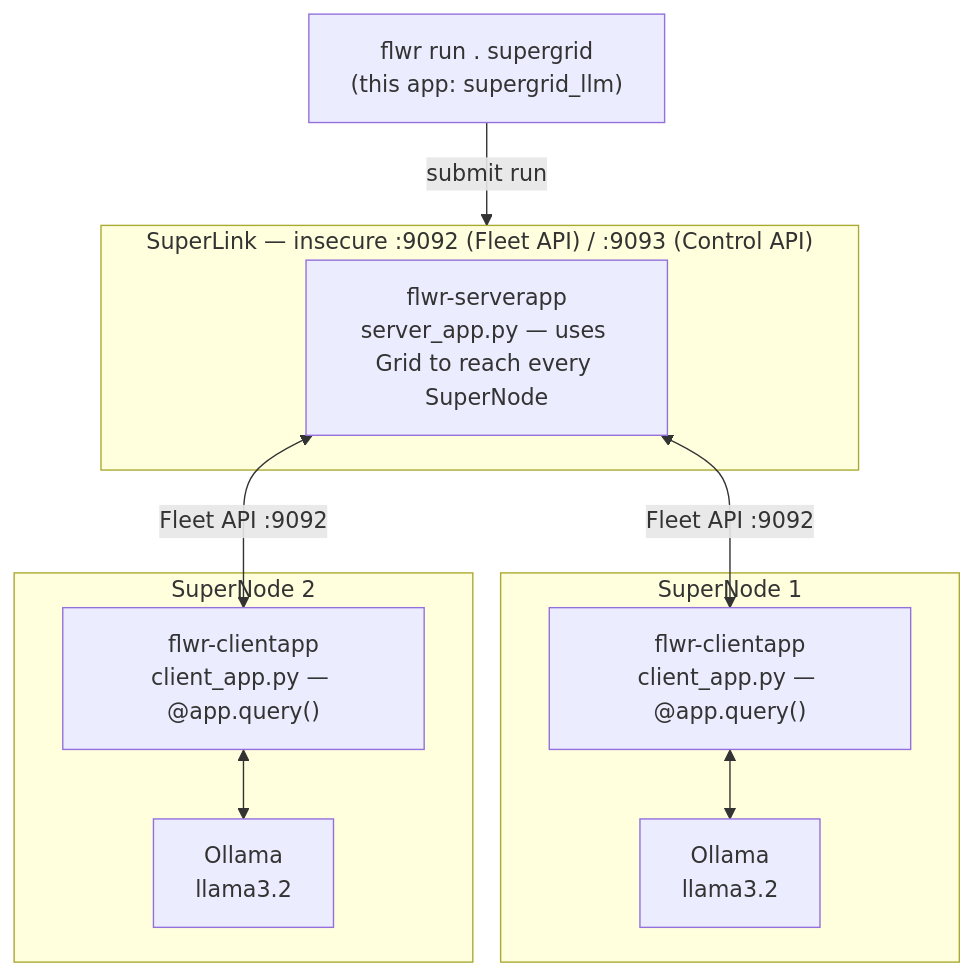
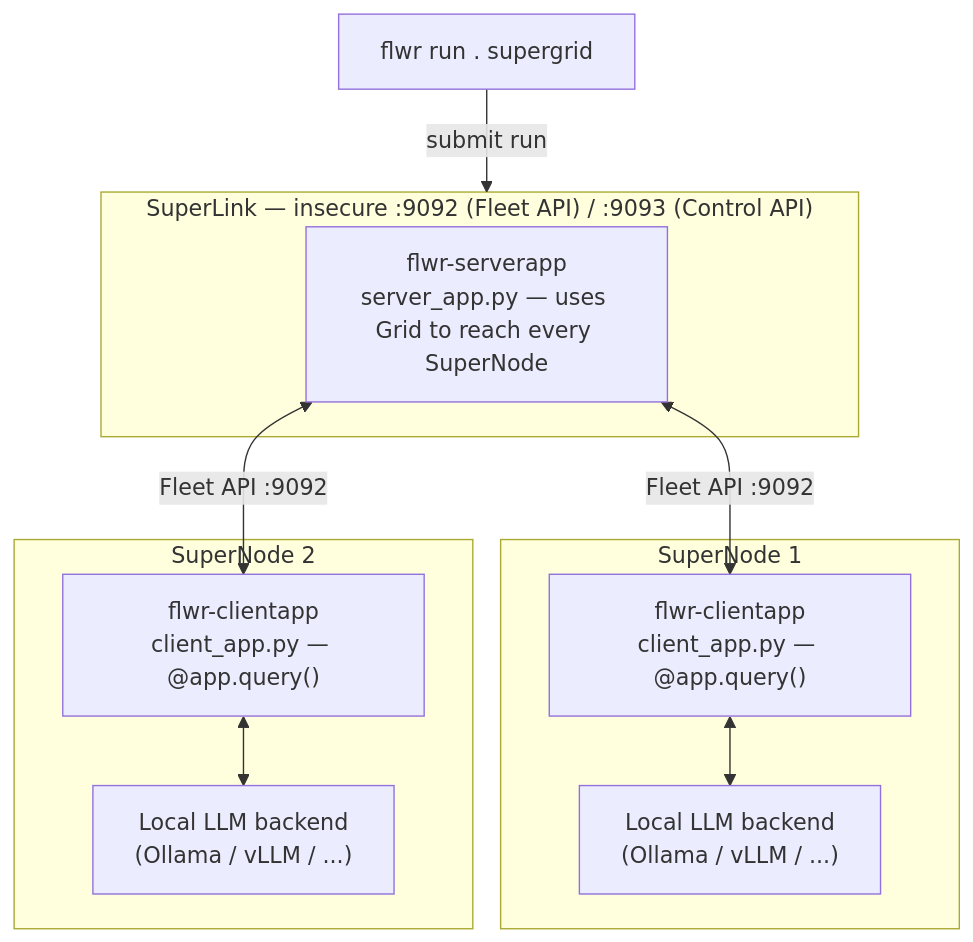
One commit to JuanMaParraU/inference_flower_supergrid changed the first of 2 diagrams in README.md. Above: the diagram before and after it, drawn with Mermaid. The commit also changed other lines of this file and 2 other files, not shown here.

Commit message:
Make root README backend-agnostic; add ollama README

````diff
--- a/README.md
+++ b/README.md
@@ -26,24 +21,24 @@
 ```mermaid
 flowchart TB
-    CLI["flwr run . supergrid<br/>(this app: supergrid_llm)"]
+    CLI["flwr run . supergrid"]
 
     subgraph SuperLink["SuperLink — insecure :9092 (Fleet API) / :9093 (Control API)"]
         SA["flwr-serverapp<br/>server_app.py — uses Grid to reach every SuperNode"]
     end
 
     subgraph Node1["SuperNode 1"]
         CA1["flwr-clientapp<br/>client_app.py — @app.query()"]
-        O1["Ollama<br/>llama3.2"]
-        CA1 <--> O1
+        B1["Local LLM backend<br/>(Ollama / vLLM / ...)"]
+        CA1 <--> B1
     end
 
     subgraph Node2["SuperNode 2"]
         CA2["flwr-clientapp<br/>client_app.py — @app.query()"]
-        O2["Ollama<br/>llama3.2"]
-        CA2 <--> O2
+        B2["Local LLM backend<br/>(Ollama / vLLM / ...)"]
+        CA2 <--> B2
     end
 
     CLI -- "submit run" --> SuperLink
     SA <-- "Fleet API :9092" --> CA1
     SA <-- "Fleet API :9092" --> CA2
 ```
````
